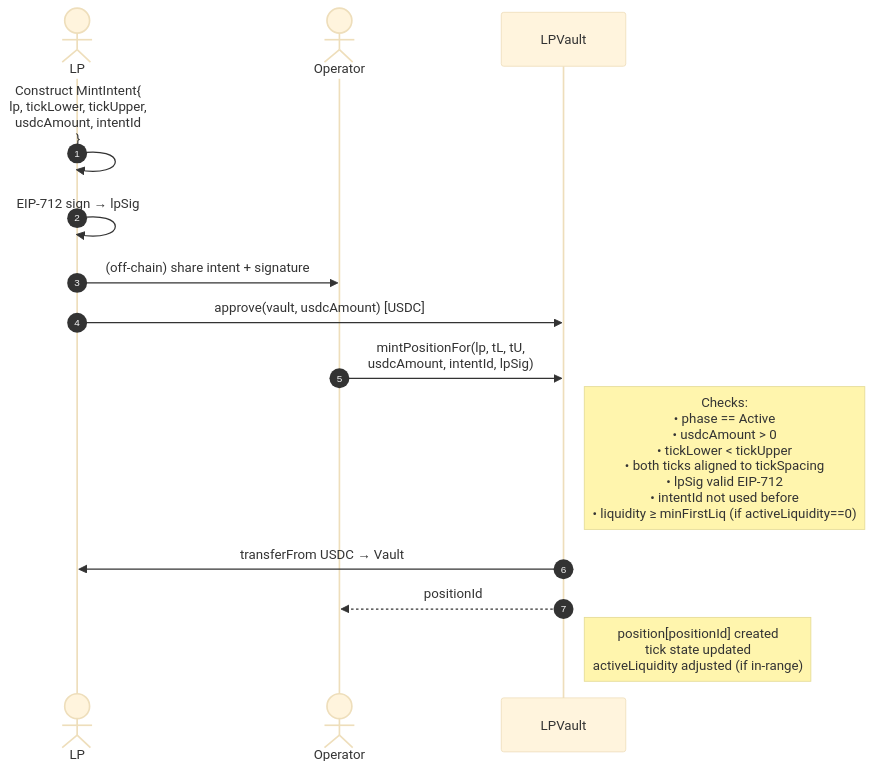
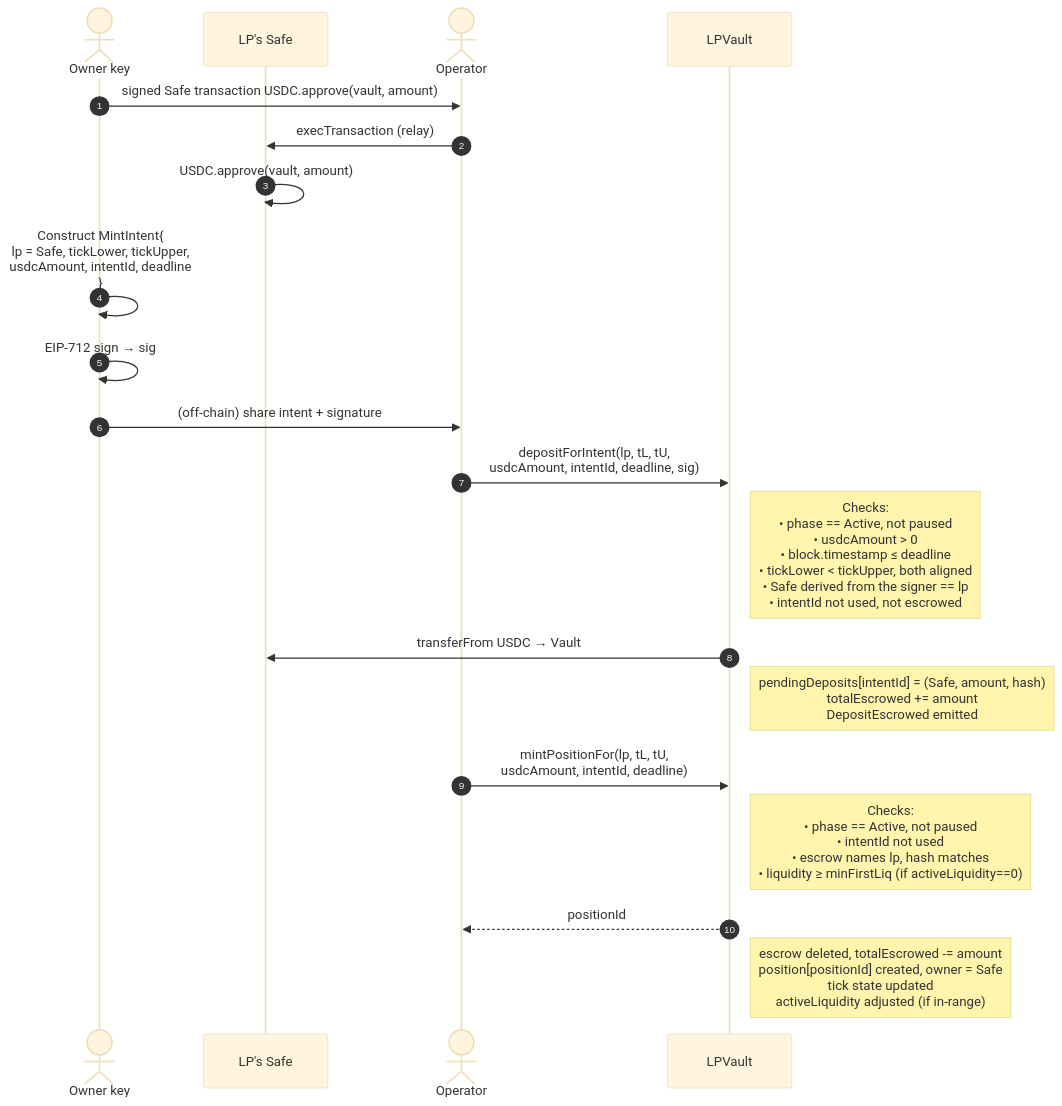
Before and after one commit to ProphetMarket/lp-vaults: the third of 12 diagrams in FLOWS.md, drawn with Mermaid (base theme). The commit also changed other lines of this file and 4 other files, not shown here.

First line of the commit message:
chore (vault): Document the escrow and update the plan for R5

````diff
--- a/FLOWS.md
+++ b/FLOWS.md
@@ -108,19 +110,26 @@
 ```mermaid
 sequenceDiagram
     autonumber
-    actor LP
+    actor OwnerKey as Owner key
+    participant Safe as LP's Safe
     actor Operator
     participant Vault as LPVault
 
-    LP->>LP: Construct MintIntent{<br/>  lp, tickLower, tickUpper,<br/>  usdcAmount, intentId<br/>}
-    LP->>LP: EIP-712 sign → lpSig
-    LP->>Operator: (off-chain) share intent + signature
-    LP->>Vault: approve(vault, usdcAmount) [USDC]
+    OwnerKey->>Operator: signed Safe transaction USDC.approve(vault, amount)
+    Operator->>Safe: execTransaction (relay)
+    Safe->>Safe: USDC.approve(vault, amount)
 
-    Operator->>Vault: mintPositionFor(lp, tL, tU,<br/>usdcAmount, intentId, lpSig)
-    Note right of Vault: Checks:<br/>• phase == Active<br/>• usdcAmount > 0<br/>• tickLower < tickUpper<br/>• both ticks aligned to tickSpacing<br/>• lpSig valid EIP-712<br/>• intentId not used before<br/>• liquidity ≥ minFirstLiq (if activeLiquidity==0)
+    OwnerKey->>OwnerKey: Construct MintIntent{<br/>  lp = Safe, tickLower, tickUpper,<br/>  usdcAmount, intentId, deadline<br/>}
+    OwnerKey->>OwnerKey: EIP-712 sign → sig
+    OwnerKey->>Operator: (off-chain) share intent + signature
 
-    Vault->>LP: transferFrom USDC → Vault
+    Operator->>Vault: depositForIntent(lp, tL, tU,<br/>usdcAmount, intentId, deadline, sig)
+    Note right of Vault: Checks:<br/>• phase == Active, not paused<br/>• usdcAmount > 0<br/>• block.timestamp ≤ deadline<br/>• tickLower < tickUpper, both aligned<br/>• Safe derived from the signer == lp<br/>• intentId not used, not escrowed
+    Vault->>Safe: transferFrom USDC → Vault
+    Note right of Vault: pendingDeposits[intentId] = (Safe, amount, hash)<br/>totalEscrowed += amount<br/>DepositEscrowed emitted
+
+    Operator->>Vault: mintPositionFor(lp, tL, tU,<br/>usdcAmount, intentId, deadline)
+    Note right of Vault: Checks:<br/>• phase == Active, not paused<br/>• intentId not used<br/>• escrow names lp, hash matches<br/>• liquidity ≥ minFirstLiq (if activeLiquidity==0)
     Vault-->>Operator: positionId
-    Note right of Vault: position[positionId] created<br/>tick state updated<br/>activeLiquidity adjusted (if in-range)
+    Note right of Vault: escrow deleted, totalEscrowed -= amount<br/>position[positionId] created, owner = Safe<br/>tick state updated<br/>activeLiquidity adjusted (if in-range)
 ```
````
